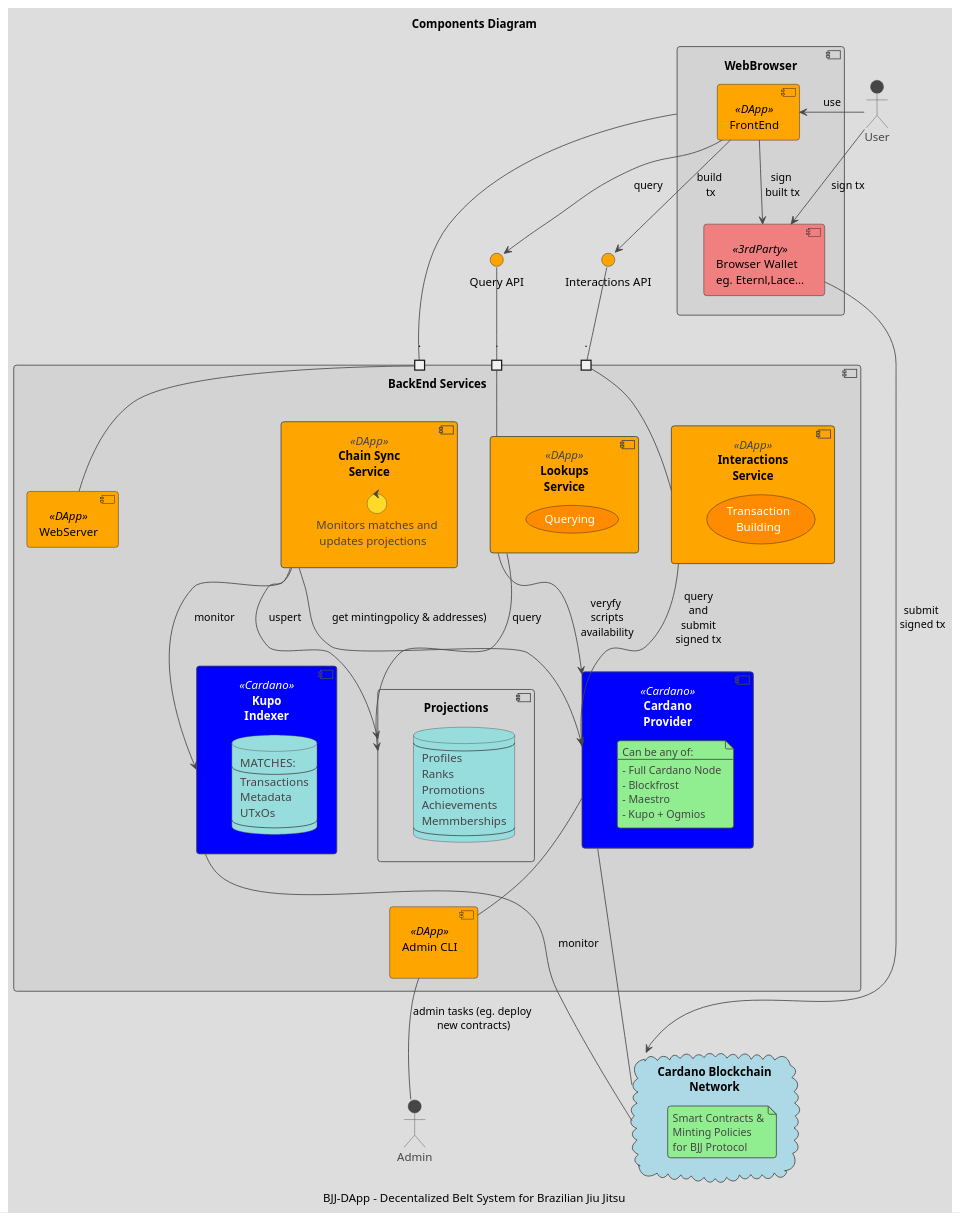
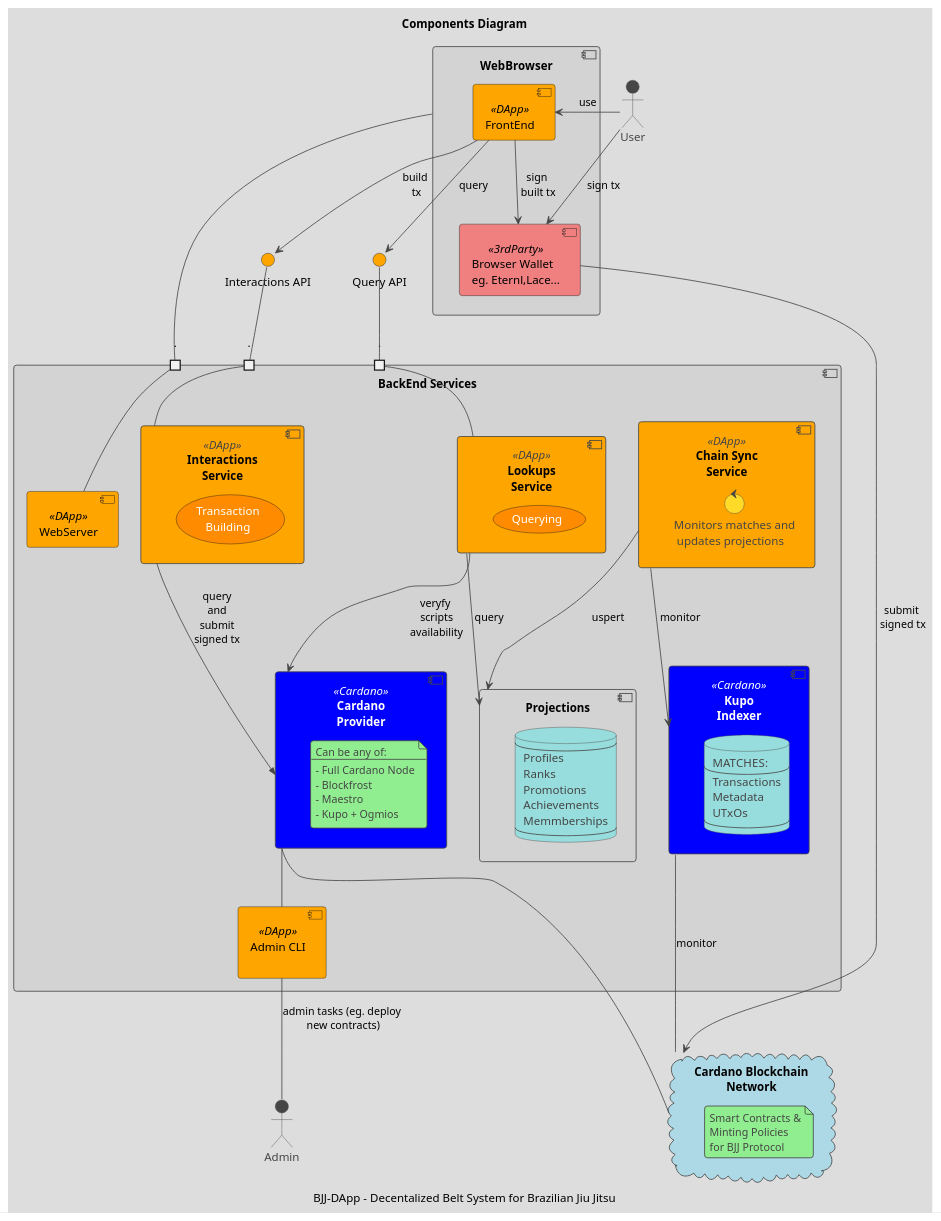
The diagram in puml/ComponentDiagram.puml (en7angled/Decentralized-Belt-System), drawn with PlantUML before and after one commit. The commit also changed 25 other files, not shown here.

```diff
--- a/puml/ComponentDiagram.puml
+++ b/puml/ComponentDiagram.puml
@@ -1,145 +1,144 @@
 @startuml ComponentDiagram
 !theme toy
 
 title "Components Diagram"
 caption: BJJ-DApp - Decentalized Belt System for Brazilian Jiu Jitsu
 
 
 skinparam interface {
     BackgroundColor Orange
 }
 
 skinparam component {
     BackgroundColor<<DApp>> Orange
     FontSize Black
 
     BackgroundColor<<3rdParty>> LightCoral
     BackgroundColor<<Cardano>> Blue
     FontColor<<Cardano>>  White
 }
 
 skinparam cloud {
     BackgroundColor LightBlue
 }
 skinparam usecase {
     BackgroundColor DarkOrange
     FontColor White
 }
 
 
 Actor User
 Actor Admin
 
 component WebBrowser #LightGray {
     component BrowserWallet as "Browser Wallet\neg. Eternl,Lace..." <<3rdParty>>
     component UI as "FrontEnd" <<DApp>>
 }
 
 
 
 
 
 component BackEnd  as "BackEnd Services"  #LightGray   {
 
     component AdminCLI as "Admin CLI\n" <<DApp>>
 
     component CardanoProvider <<Cardano>> as "Cardano\nProvider"  {
 
         note as N
         Can be any of:
         ---
         - Full Cardano Node
         - Blockfrost
         - Maestro
         - Kupo + Ogmios
         end note
     }
 
     component Kupo as "Kupo\nIndexer" <<Cardano>>  {
         database KupoDB as "MATCHES:
         --
         Transactions
         Metadata
         UTxOs
         --
         "
     }
 
     component WebServer <<DApp>>
     component Interactions  <<DApp>> as "Interactions\nService" {
         usecase TxBuilding as "Transaction\nBuilding"
 
     }
     component Lookups <<DApp>> as "Lookups\nService" {
         usecase Querying as "Querying"
     }
     component ChainSync <<DApp>>  as "Chain Sync\nService"{
         control Monitoring as "Monitors matches and\n updates projections"
     }
     component Projections   as "Projections"{
 
         database  LocalDB as "
         --
         Profiles
         Ranks
         Promotions
         Achievements
         Memmberships
         --
         "
     }
 
     portin webserverPort as "."
     portin interactionsPort as "."
     portin queryPort as "."
 
     WebServer - webserverPort
     Interactions - interactionsPort
     Lookups - queryPort
 
     Interactions -->> CardanoProvider : query\n and \n submit \nsigned tx
     Lookups --> CardanoProvider : veryfy\n scripts\n availability
 
     ChainSync --> Kupo : monitor
-    ChainSync --> CardanoProvider : get mintingpolicy & addresses)
     ChainSync --> Projections : uspert
     Lookups --> Projections : query
 
 
 
 }
 interface InteractionsAPI as "Interactions API"
 interface QueryAPI as "Query API"
 interactionsPort -up- InteractionsAPI
 queryPort -up- QueryAPI
 
 
 
 cloud BlockchainNetwork as "Cardano Blockchain\nNetwork" {
     note as SmarContracts
     Smart Contracts &
     Minting Policies
     for BJJ Protocol
     end note
 }
 
 
 User -> UI : use
 WebBrowser - webserverPort
 UI --> InteractionsAPI : build\n tx
 UI --> QueryAPI : query
 
 UI -down-> BrowserWallet : "sign\n built tx"
 User -> BrowserWallet : "sign tx"
 BrowserWallet --> BlockchainNetwork : "submit\n signed tx"
 
 
 Kupo -down-- BlockchainNetwork : monitor
 
 CardanoProvider -down-- BlockchainNetwork
 
 AdminCLI -up- CardanoProvider
 
 Admin -up- AdminCLI : admin tasks (eg. deploy\n new contracts)
 
 @enduml
```
